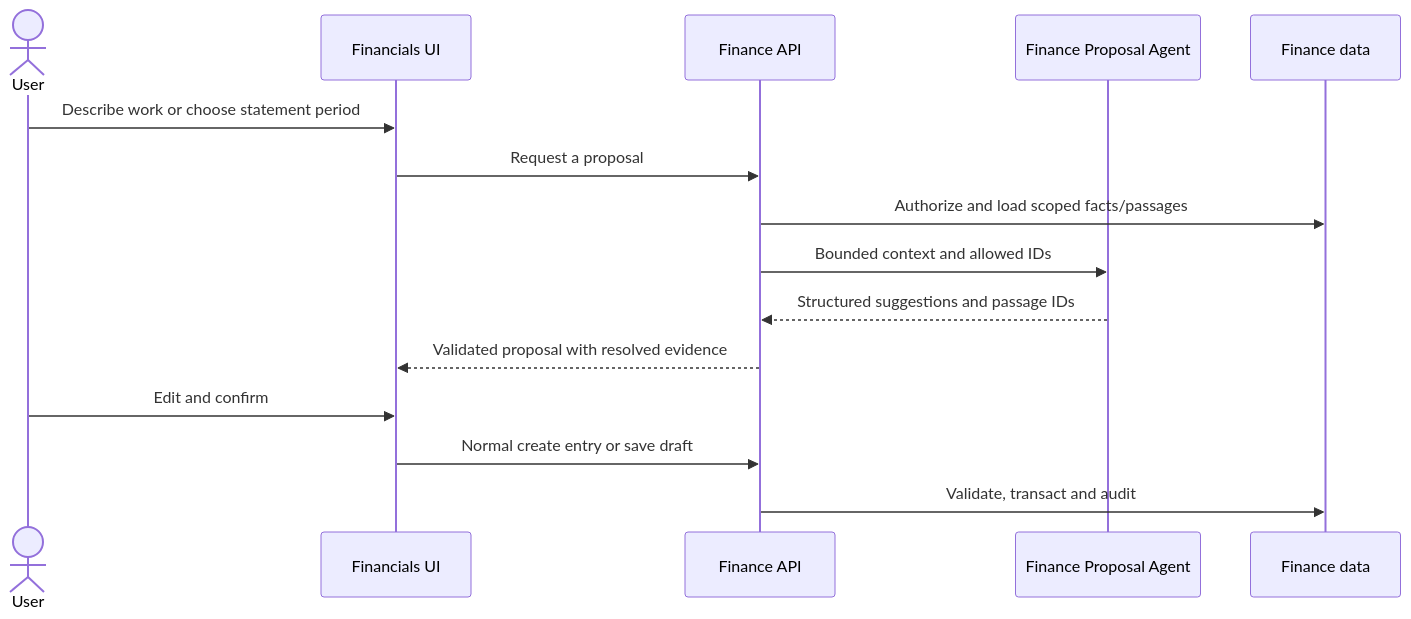
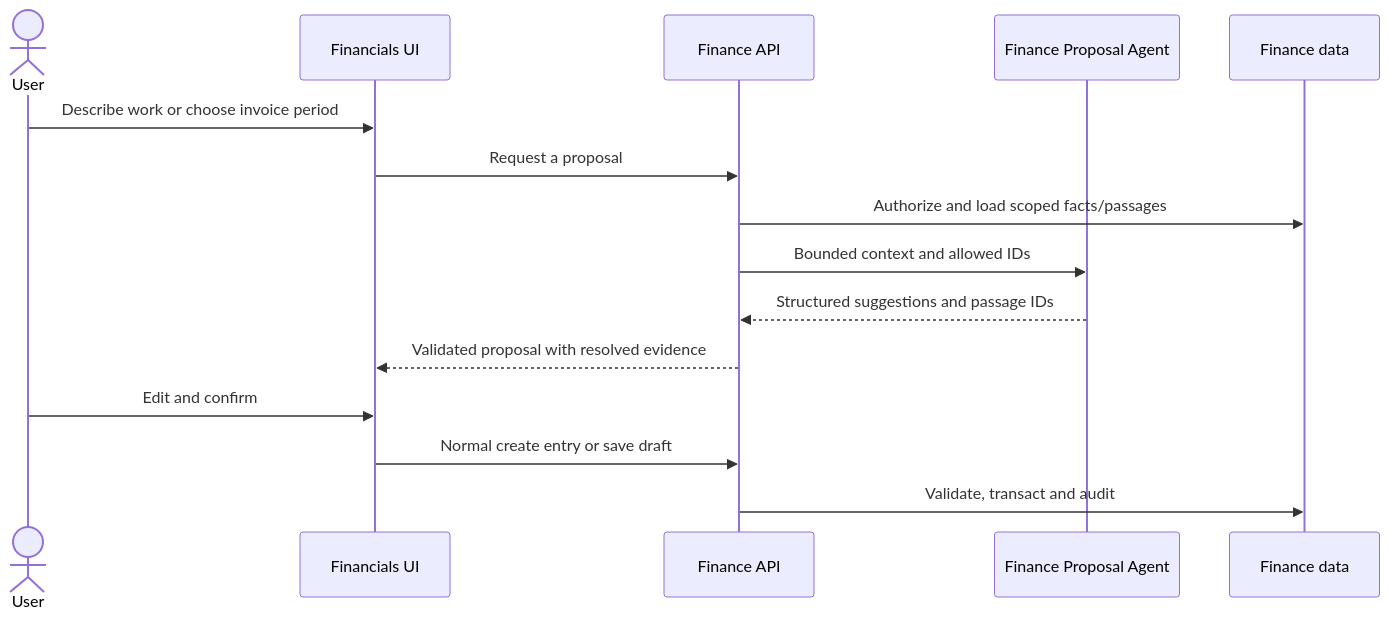
The diagram in .github/finance-agent-design.md (scepanlawapp/law), drawn with Mermaid before and after one commit. The commit also changed other lines of this file and 37 other files, not shown here.

Commit message:
Statement rename to invoice

````diff
--- a/.github/finance-agent-design.md
+++ b/.github/finance-agent-design.md
@@ -211,17 +211,17 @@
 ```mermaid
 sequenceDiagram
     actor User
     participant UI as Financials UI
     participant API as Finance API
     participant Agent as Finance Proposal Agent
     participant DB as Finance data
-    User->>UI: Describe work or choose statement period
+    User->>UI: Describe work or choose invoice period
     UI->>API: Request a proposal
     API->>DB: Authorize and load scoped facts/passages
     API->>Agent: Bounded context and allowed IDs
     Agent-->>API: Structured suggestions and passage IDs
     API-->>UI: Validated proposal with resolved evidence
     User->>UI: Edit and confirm
     UI->>API: Normal create entry or save draft
     API->>DB: Validate, transact and audit
 ```
````
